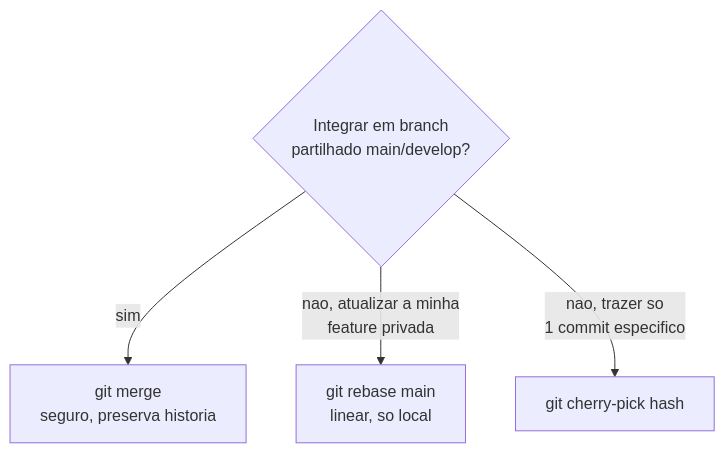
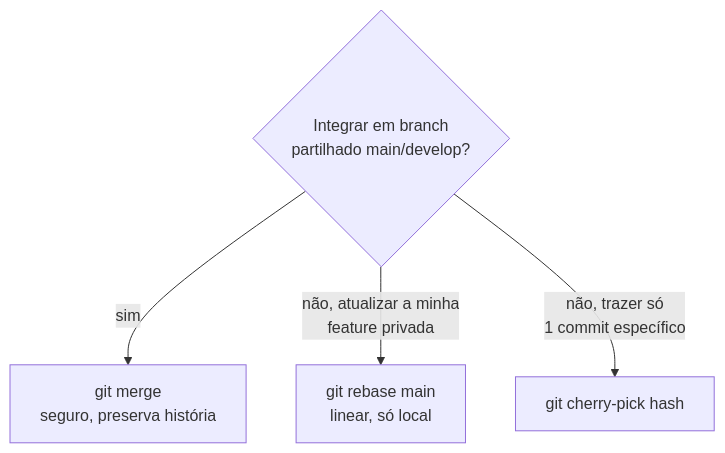
The first of 3 diagrams in 04-Branches-e-Merge/02-merge-rebase-cherry-pick.md (BerniloBernardo-boot/Git-e-GitHub), drawn with Mermaid before and after one commit. The commit also changed 13 other files, not shown here.

Commit message:
docs: traduz elementos explicativos dos diagramas para PT-PT

````diff
--- a/04-Branches-e-Merge/02-merge-rebase-cherry-pick.md
+++ b/04-Branches-e-Merge/02-merge-rebase-cherry-pick.md
@@ -8,7 +8,7 @@
 ```mermaid
 flowchart TD
     Q{"Integrar em branch\npartilhado main/develop?"}
-    Q -->|sim| M["git merge<br/>seguro, preserva historia"]
-    Q -->|nao, atualizar a minha\nfeature privada| R["git rebase main<br/>linear, so local"]
-    Q -->|nao, trazer so\n1 commit especifico| C["git cherry-pick hash"]
+    Q -->|sim| M["git merge<br/>seguro, preserva história"]
+    Q -->|não, atualizar a minha\nfeature privada| R["git rebase main<br/>linear, só local"]
+    Q -->|não, trazer só\n1 commit específico| C["git cherry-pick hash"]
 ```
````
